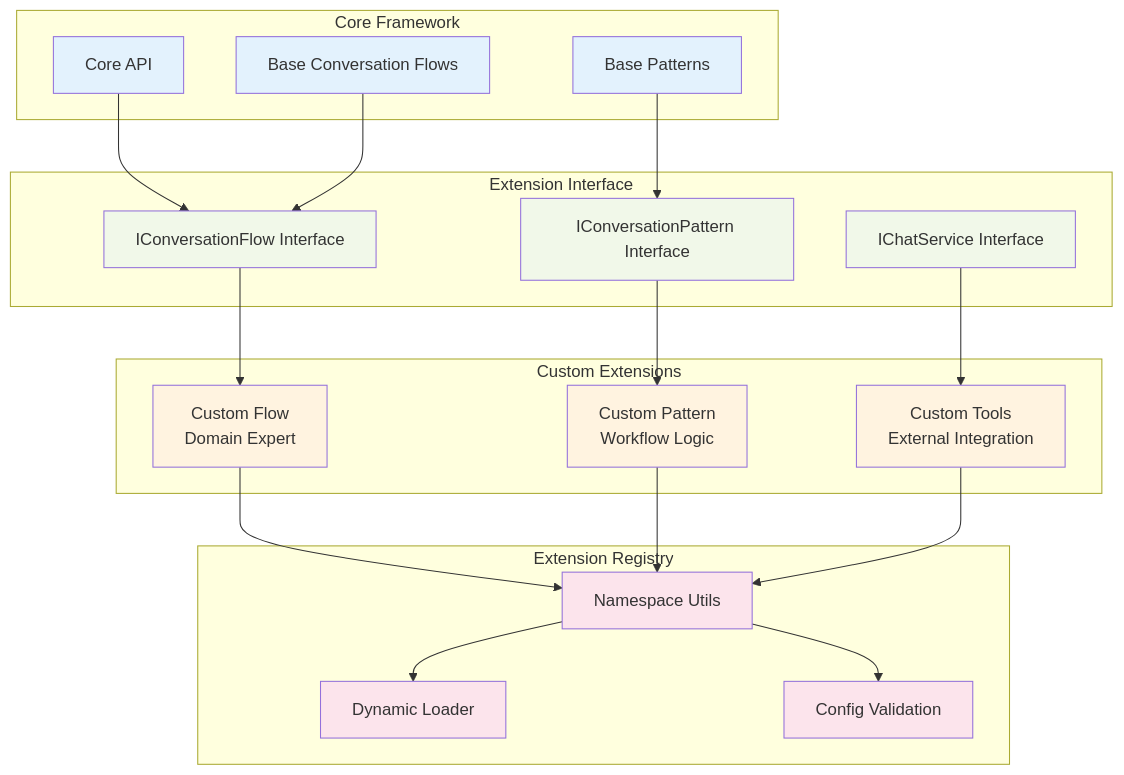
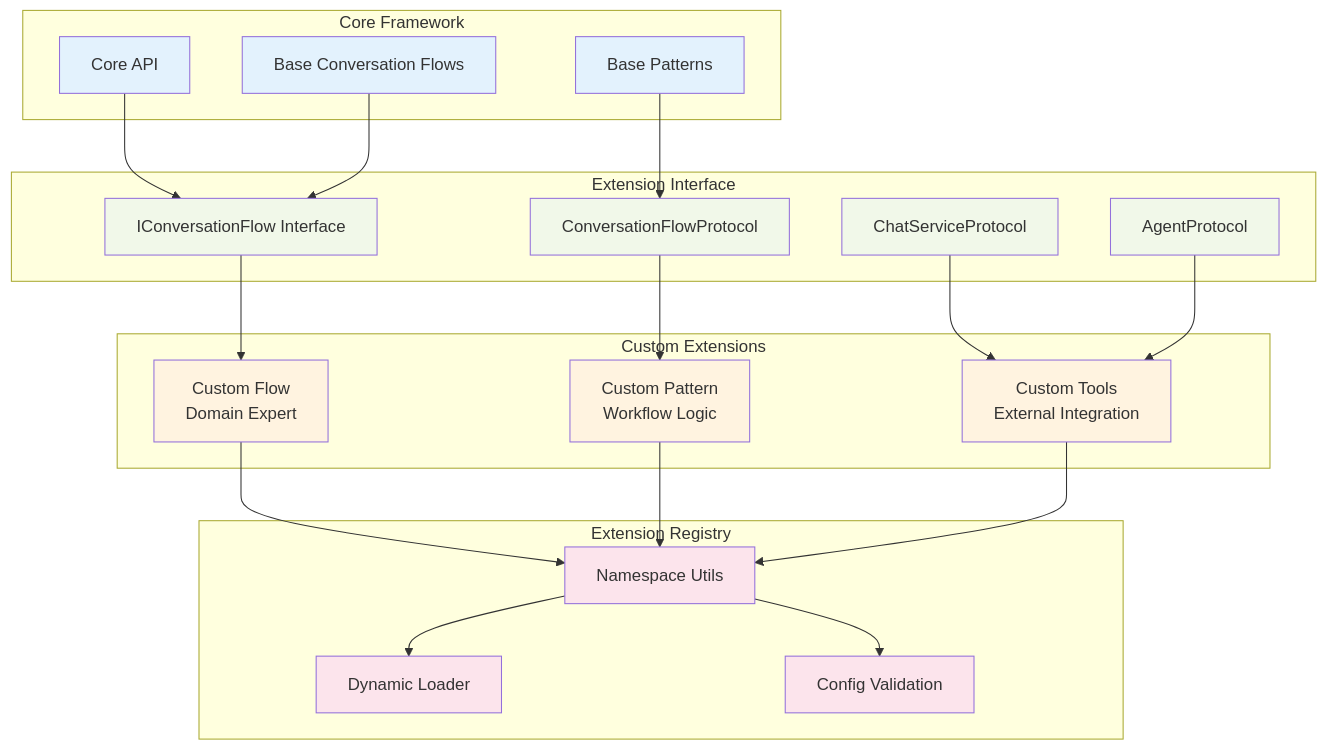
One commit to the-ingenious-dark-knight/Insight_Ingenious changed the eighth of 13 diagrams in docs/architecture/README.md. Above: the diagram before and after it, drawn with Mermaid. The commit also changed other lines of this file and 17 other files, not shown here.

````diff
--- a/docs/architecture/README.md
+++ b/docs/architecture/README.md
@@ -400,51 +406,53 @@
 ```mermaid
 graph TB
     subgraph "Core Framework"
         CORE_API[Core API]
         CORE_FLOWS[Base Conversation Flows]
         CORE_PATTERNS[Base Patterns]
     end
 
     subgraph "Extension Interface"
         FLOW_INTERFACE[IConversationFlow Interface]
-        PATTERN_INTERFACE[IConversationPattern Interface]
-        CHAT_INTERFACE[IChatService Interface]
+        CHAT_INTERFACE[ChatServiceProtocol]
+        FLOW_PROTOCOL[ConversationFlowProtocol]
+        AGENT_PROTOCOL[AgentProtocol]
     end
 
     subgraph "Custom Extensions"
         CUSTOM_FLOW[Custom Flow<br/>Domain Expert]
         CUSTOM_PATTERN[Custom Pattern<br/>Workflow Logic]
         CUSTOM_TOOLS[Custom Tools<br/>External Integration]
     end
 
     subgraph "Extension Registry"
         NAMESPACE_LOADER[Namespace Utils]
         DYNAMIC_LOADER[Dynamic Loader]
         CONFIG_VALIDATOR[Config Validation]
     end
 
     CORE_API --> FLOW_INTERFACE
     CORE_FLOWS --> FLOW_INTERFACE
-    CORE_PATTERNS --> PATTERN_INTERFACE
+    CORE_PATTERNS --> FLOW_PROTOCOL
 
     FLOW_INTERFACE --> CUSTOM_FLOW
-    PATTERN_INTERFACE --> CUSTOM_PATTERN
+    FLOW_PROTOCOL --> CUSTOM_PATTERN
     CHAT_INTERFACE --> CUSTOM_TOOLS
+    AGENT_PROTOCOL --> CUSTOM_TOOLS
 
     CUSTOM_FLOW --> NAMESPACE_LOADER
     CUSTOM_PATTERN --> NAMESPACE_LOADER
     CUSTOM_TOOLS --> NAMESPACE_LOADER
 
     NAMESPACE_LOADER --> DYNAMIC_LOADER
     NAMESPACE_LOADER --> CONFIG_VALIDATOR
 
     classDef core fill:#e3f2fd
     classDef interface fill:#f1f8e9
     classDef custom fill:#fff3e0
     classDef registry fill:#fce4ec
 
     class CORE_API,CORE_FLOWS,CORE_PATTERNS core
-    class FLOW_INTERFACE,PATTERN_INTERFACE,CHAT_INTERFACE interface
+    class FLOW_INTERFACE,CHAT_INTERFACE,FLOW_PROTOCOL,AGENT_PROTOCOL interface
     class CUSTOM_FLOW,CUSTOM_PATTERN,CUSTOM_TOOLS custom
     class NAMESPACE_LOADER,DYNAMIC_LOADER,CONFIG_VALIDATOR registry
 ```
````
